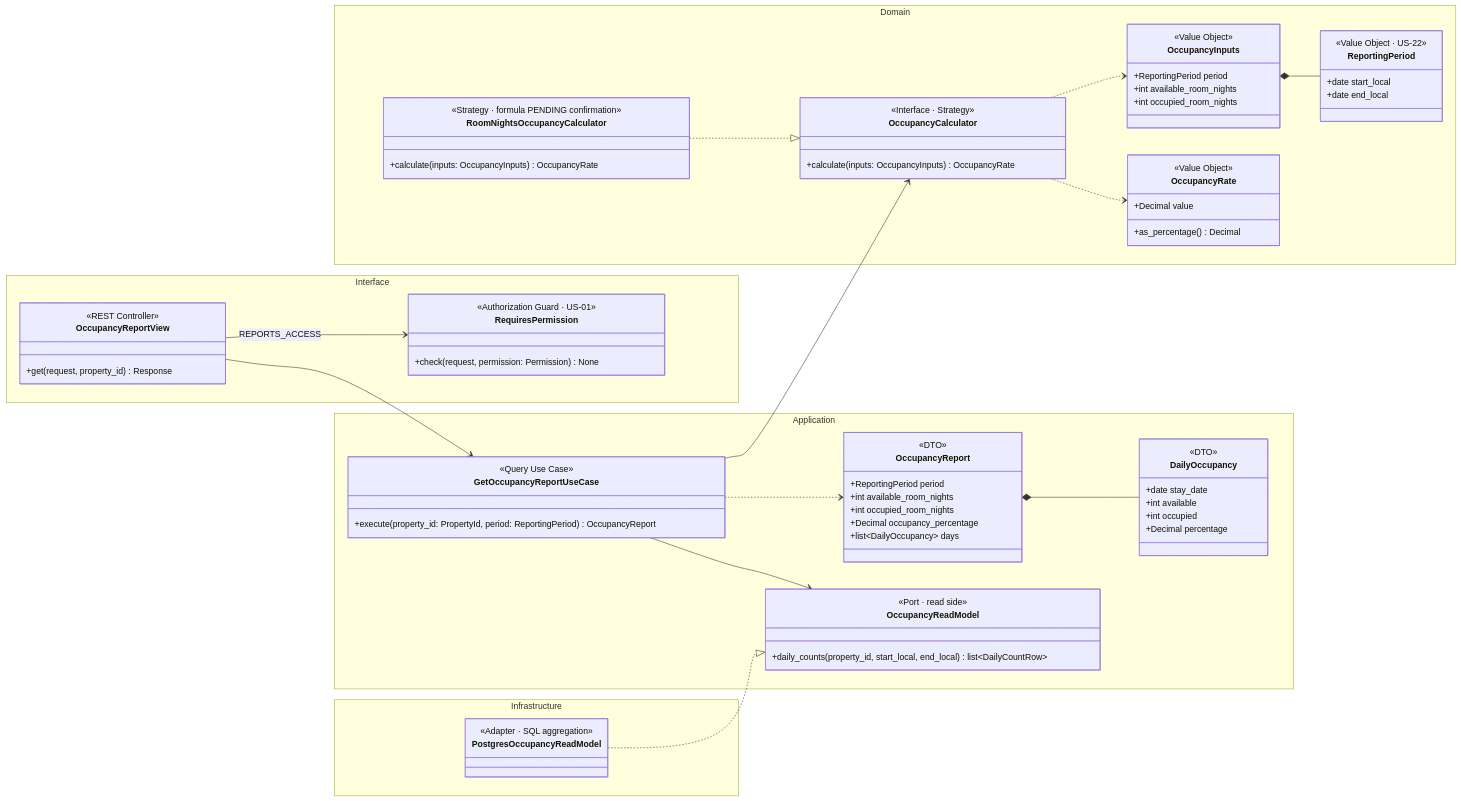
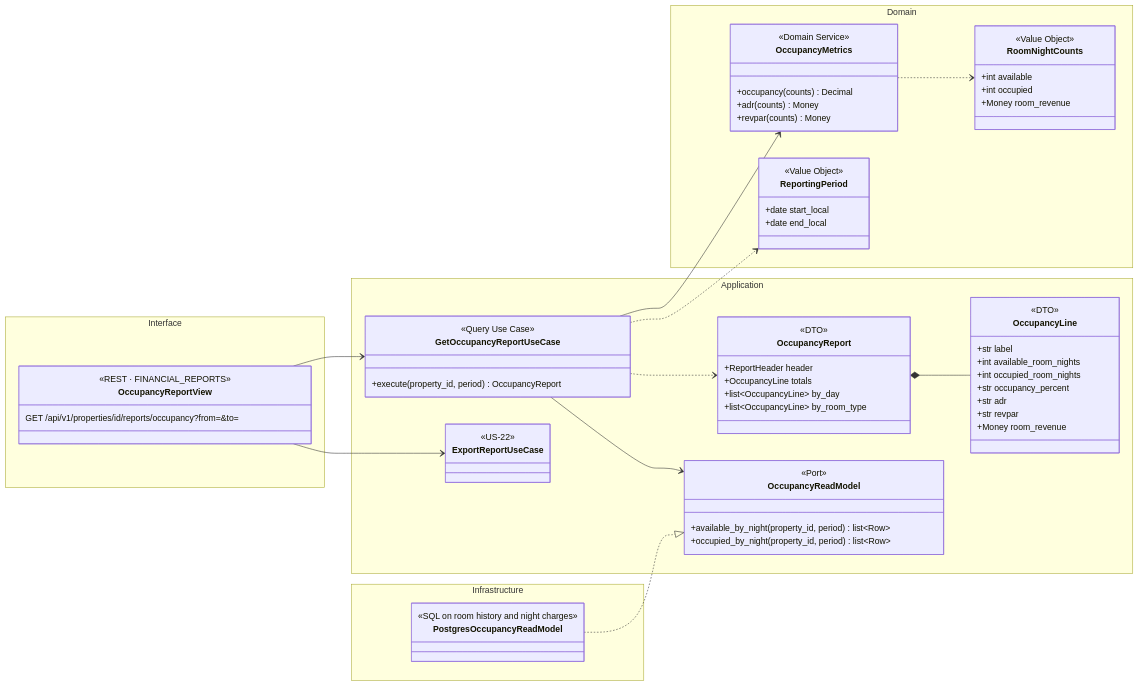
One commit to BraceroInSabot/Motel-Starmie changed the first of 3 diagrams in docs/Initial Requirements/Diagrams/US-23 - Occupancy Reporting.md. Above: the diagram before and after it, drawn with Mermaid. The commit also changed other lines of this file and 51 other files, not shown here.

````diff
--- a/docs/Initial Requirements/Diagrams/US-23 - Occupancy Reporting.md
+++ b/docs/Initial Requirements/Diagrams/US-23 - Occupancy Reporting.md
@@ -13,27 +26,20 @@
     direction LR
 
     namespace Domain {
-        class OccupancyInputs {
+        class RoomNightCounts {
             <<Value Object>>
-            +ReportingPeriod period
-            +int available_room_nights
-            +int occupied_room_nights
+            +int available
+            +int occupied
+            +Money room_revenue
         }
-        class OccupancyCalculator {
-            <<Interface · Strategy>>
-            +calculate(inputs: OccupancyInputs) OccupancyRate
-        }
-        class RoomNightsOccupancyCalculator {
-            <<Strategy · formula PENDING confirmation>>
-            +calculate(inputs: OccupancyInputs) OccupancyRate
-        }
-        class OccupancyRate {
-            <<Value Object>>
-            +Decimal value
-            +as_percentage() Decimal
+        class OccupancyMetrics {
+            <<Domain Service>>
+            +occupancy(counts) Decimal
+            +adr(counts) Money
+            +revpar(counts) Money
         }
         class ReportingPeriod {
-            <<Value Object · US-22>>
+            <<Value Object>>
             +date start_local
             +date end_local
         }
@@ -42,57 +48,55 @@
     namespace Application {
         class GetOccupancyReportUseCase {
             <<Query Use Case>>
-            +execute(property_id: PropertyId, period: ReportingPeriod) OccupancyReport
+            +execute(property_id, period) OccupancyReport
         }
         class OccupancyReport {
             <<DTO>>
-            +ReportingPeriod period
+            +ReportHeader header
+            +OccupancyLine totals
+            +list~OccupancyLine~ by_day
+            +list~OccupancyLine~ by_room_type
+        }
+        class OccupancyLine {
+            <<DTO>>
+            +str label
             +int available_room_nights
             +int occupied_room_nights
-            +Decimal occupancy_percentage
-            +list~DailyOccupancy~ days
-        }
-        class DailyOccupancy {
-            <<DTO>>
-            +date stay_date
-            +int available
-            +int occupied
-            +Decimal percentage
+            +str occupancy_percent
+            +str adr
+            +str revpar
+            +Money room_revenue
         }
         class OccupancyReadModel {
-            <<Port · read side>>
-            +daily_counts(property_id, start_local, end_local) list~DailyCountRow~
+            <<Port>>
+            +available_by_night(property_id, period) list~Row~
+            +occupied_by_night(property_id, period) list~Row~
+        }
+        class ExportReportUseCase {
+            <<US-22>>
         }
     }
 
     namespace Infrastructure {
         class PostgresOccupancyReadModel {
-            <<Adapter · SQL aggregation>>
+            <<SQL on room history and night charges>>
         }
     }
 
     namespace Interface {
         class OccupancyReportView {
-            <<REST Controller>>
-            +get(request, property_id) Response
-        }
-        class RequiresPermission {
-            <<Authorization Guard · US-01>>
-            +check(request, permission: Permission) None
+            <<REST · FINANCIAL_REPORTS>>
+            GET /api/v1/properties/id/reports/occupancy?from=&to=
         }
     }
 
-    RoomNightsOccupancyCalculator ..|> OccupancyCalculator
-    OccupancyCalculator ..> OccupancyInputs
-    OccupancyCalculator ..> OccupancyRate
-    OccupancyInputs *-- ReportingPeriod
-
+    OccupancyMetrics ..> RoomNightCounts
     GetOccupancyReportUseCase --> OccupancyReadModel
-    GetOccupancyReportUseCase --> OccupancyCalculator
+    GetOccupancyReportUseCase --> OccupancyMetrics
+    GetOccupancyReportUseCase ..> ReportingPeriod
     GetOccupancyReportUseCase ..> OccupancyReport
-    OccupancyReport *-- DailyOccupancy
+    OccupancyReport *-- OccupancyLine
     PostgresOccupancyReadModel ..|> OccupancyReadModel
-
-    OccupancyReportView --> RequiresPermission : REPORTS_ACCESS
     OccupancyReportView --> GetOccupancyReportUseCase
+    OccupancyReportView --> ExportReportUseCase
 ```
````
